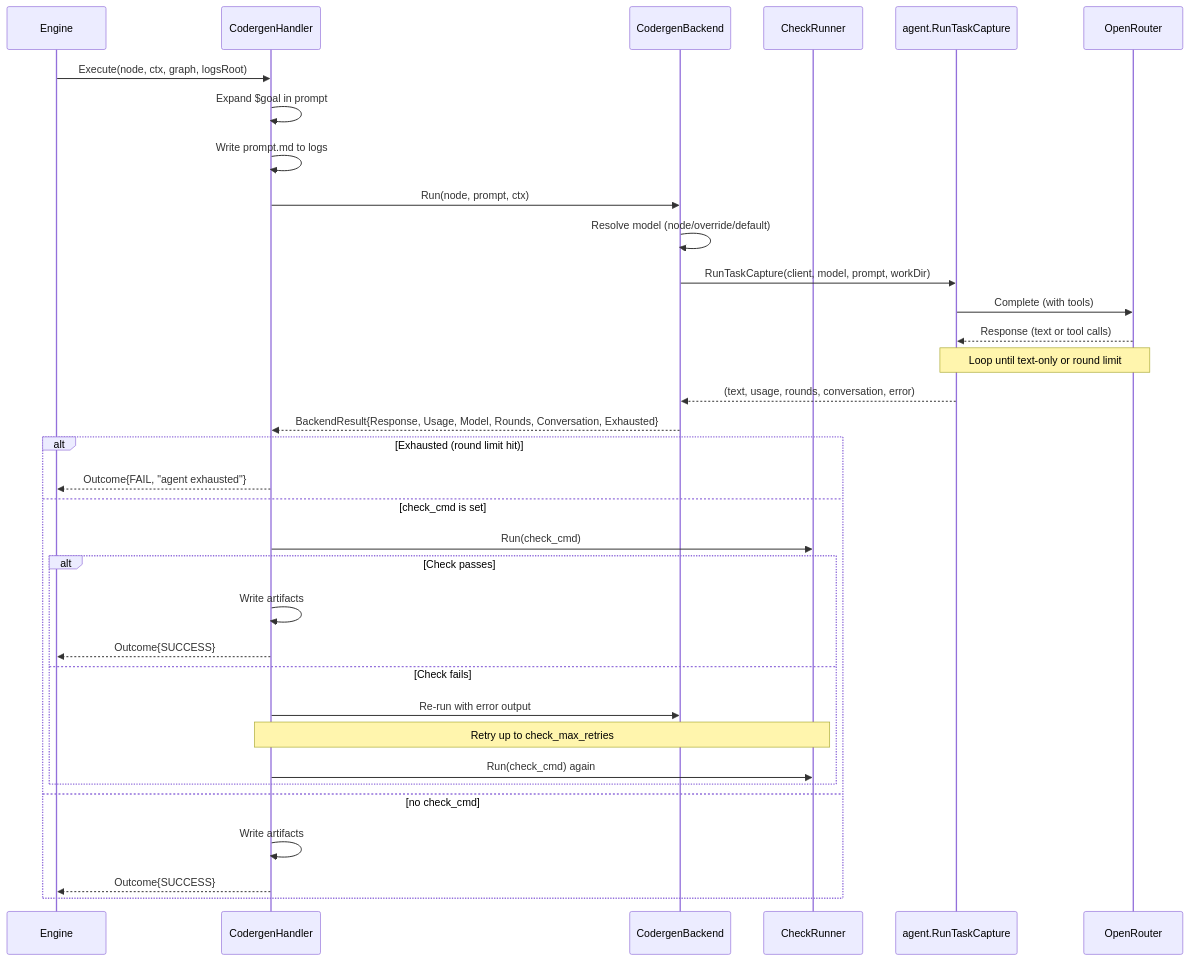
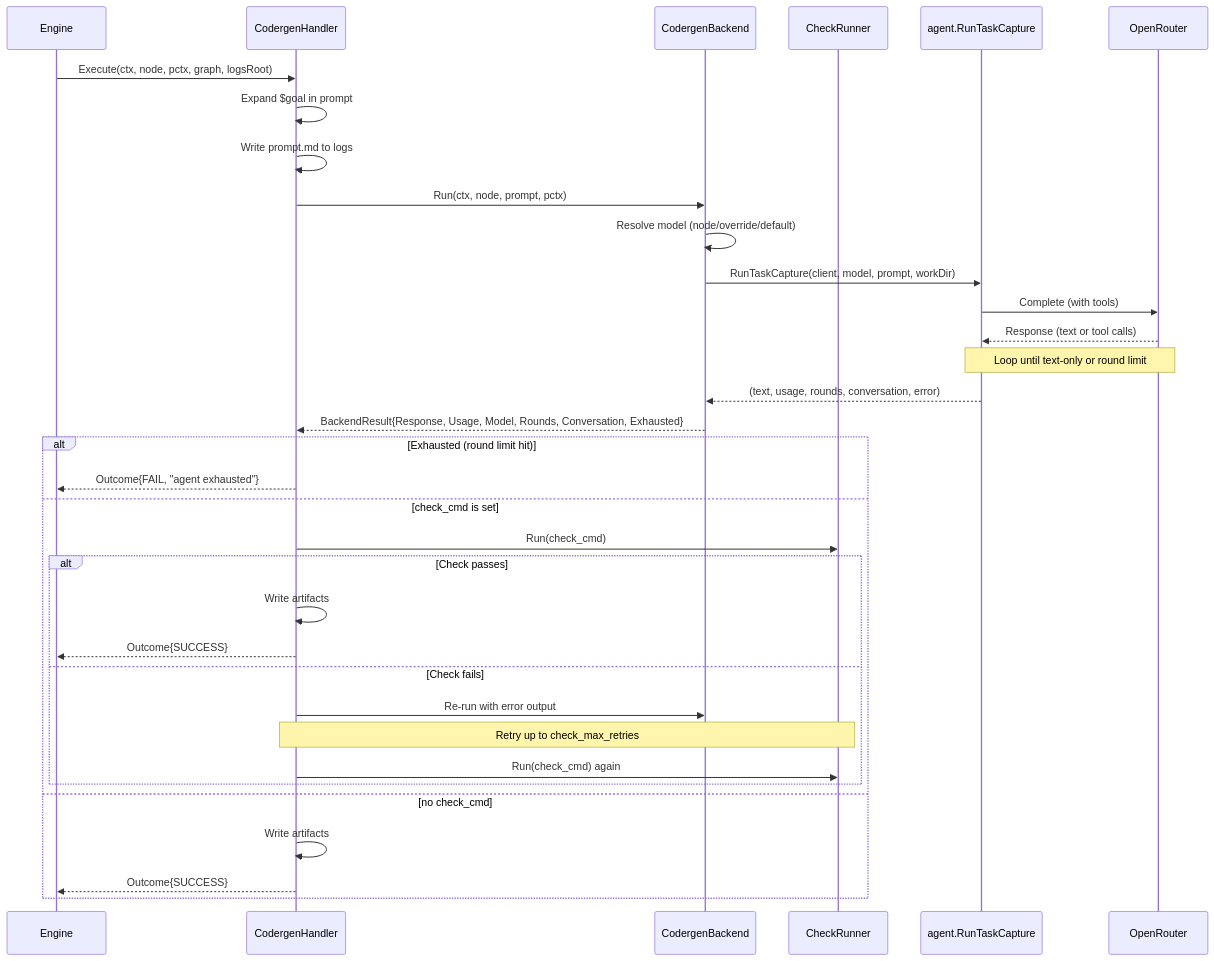
One commit to campallison/attractor changed the ninth of 11 diagrams in docs/architecture.md. Above: the diagram before and after it, drawn with Mermaid. The commit also changed other lines of this file and 20 other files, not shown here.

````diff
--- a/docs/architecture.md
+++ b/docs/architecture.md
@@ -495,38 +495,38 @@
 ```mermaid
 sequenceDiagram
     participant Engine
     participant Codergen as CodergenHandler
     participant Backend as CodergenBackend
     participant CheckRunner
     participant AgentLoop as agent.RunTaskCapture
     participant LLM as OpenRouter
 
-    Engine->>Codergen: Execute(node, ctx, graph, logsRoot)
+    Engine->>Codergen: Execute(ctx, node, pctx, graph, logsRoot)
     Codergen->>Codergen: Expand $goal in prompt
     Codergen->>Codergen: Write prompt.md to logs
-    Codergen->>Backend: Run(node, prompt, ctx)
+    Codergen->>Backend: Run(ctx, node, prompt, pctx)
     Backend->>Backend: Resolve model (node/override/default)
     Backend->>AgentLoop: RunTaskCapture(client, model, prompt, workDir)
     AgentLoop->>LLM: Complete (with tools)
     LLM-->>AgentLoop: Response (text or tool calls)
     Note over AgentLoop,LLM: Loop until text-only or round limit
     AgentLoop-->>Backend: (text, usage, rounds, conversation, error)
     Backend-->>Codergen: BackendResult{Response, Usage, Model, Rounds, Conversation, Exhausted}
 
     alt Exhausted (round limit hit)
         Codergen-->>Engine: Outcome{FAIL, "agent exhausted"}
     else check_cmd is set
         Codergen->>CheckRunner: Run(check_cmd)
         alt Check passes
             Codergen->>Codergen: Write artifacts
             Codergen-->>Engine: Outcome{SUCCESS}
         else Check fails
             Codergen->>Backend: Re-run with error output
             Note over Codergen,CheckRunner: Retry up to check_max_retries
             Codergen->>CheckRunner: Run(check_cmd) again
         end
     else no check_cmd
         Codergen->>Codergen: Write artifacts
         Codergen-->>Engine: Outcome{SUCCESS}
     end
 ```
````
